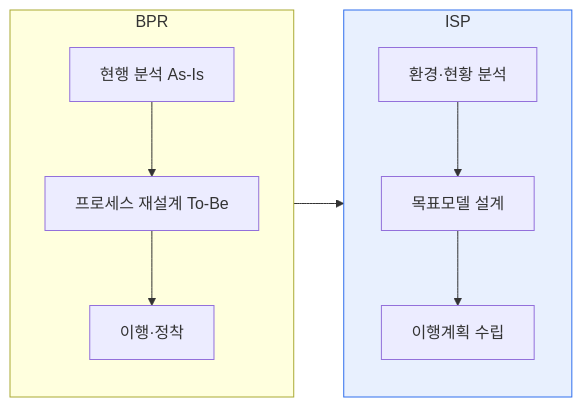
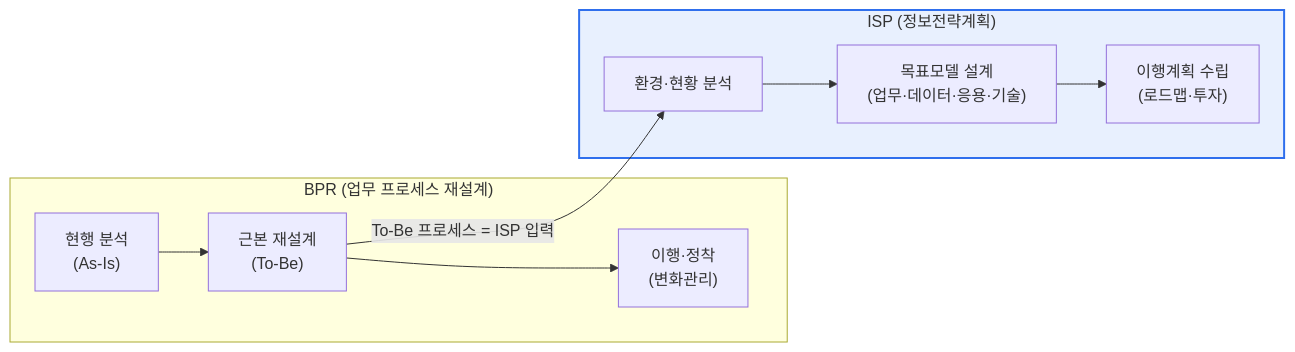
One commit to coninggu/wjdqhrhksflrltnftk changed the first of 2 diagrams in content/isp-vs-bpr.md. Above: the diagram before and after it, drawn with Mermaid. The commit also changed other lines of this file and 3 other files, not shown here.

````diff
--- a/content/isp-vs-bpr.md
+++ b/content/isp-vs-bpr.md
@@ -15,11 +28,11 @@
 ```mermaid
 flowchart LR
-  subgraph BPR
-    B1[현행 분석 As-Is] --> B2[프로세스 재설계 To-Be] --> B3[이행·정착]
+  subgraph BPR["BPR (업무 프로세스 재설계)"]
+    B1["현행 분석<br/>(As-Is)"] --> B2["근본 재설계<br/>(To-Be)"] --> B3["이행·정착<br/>(변화관리)"]
   end
-  subgraph ISP
-    I1[환경·현황 분석] --> I2[목표모델 설계] --> I3[이행계획 수립]
+  subgraph ISP["ISP (정보전략계획)"]
+    I1["환경·현황 분석"] --> I2["목표모델 설계<br/>(업무·데이터·응용·기술)"] --> I3["이행계획 수립<br/>(로드맵·투자)"]
   end
-  BPR --> ISP
-  style ISP fill:#e8f0fe,stroke:#2f6fed
+  B2 -->|To-Be 프로세스 = ISP 입력| I1
+  style ISP fill:#e8f0fe,stroke:#2f6fed,stroke-width:2px
 ```
````
